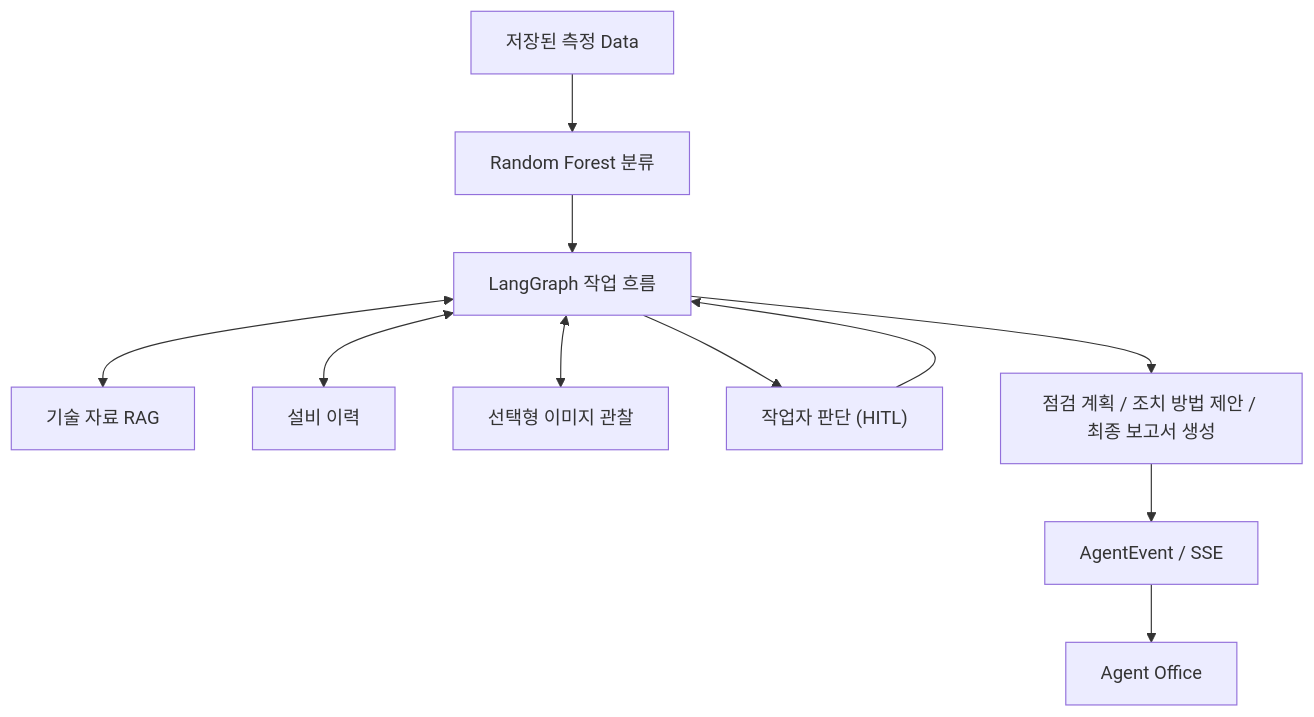
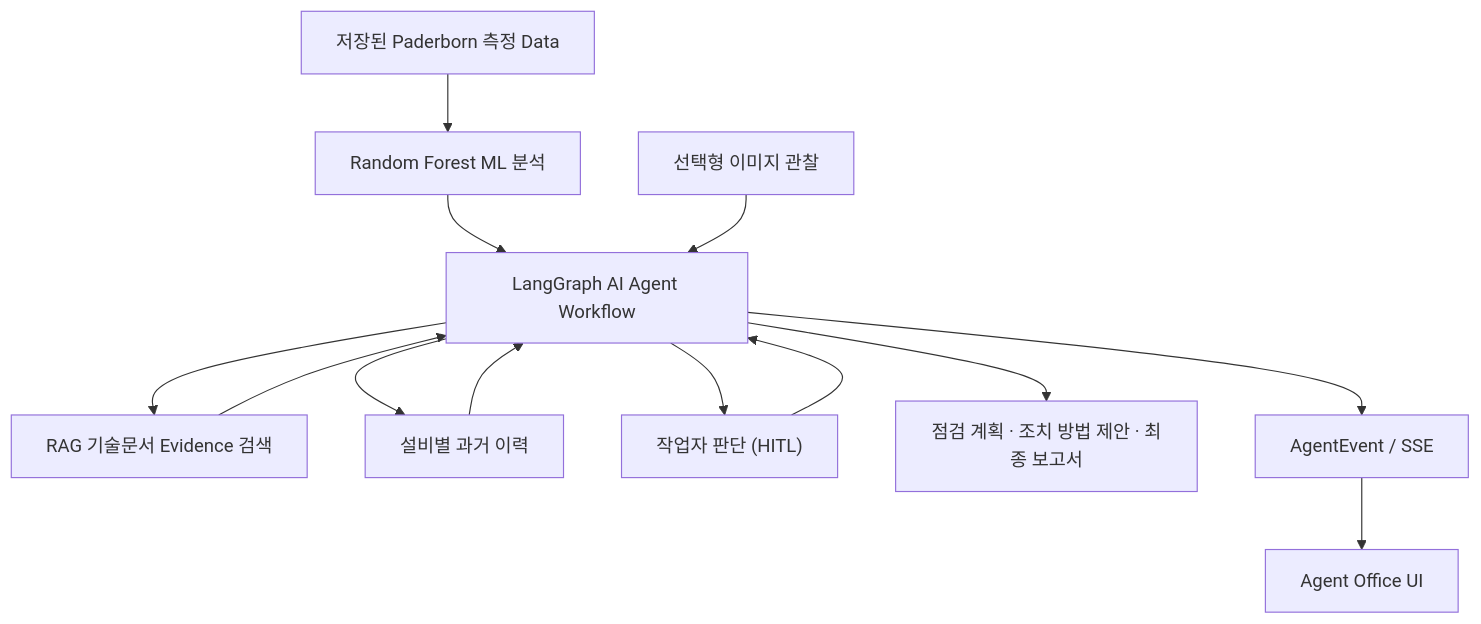
Before and after one commit to lsh97nd-code/AI-Smart-Factory-Agent-Office: the diagram in README.md, drawn with Mermaid. The commit also changed other lines of this file, not shown here.

````diff
--- a/README.md
+++ b/README.md
@@ -322,13 +486,32 @@
 ```mermaid
 flowchart TD
-    S["저장된 측정 Data"] --> M["Random Forest 분류"]
-    M --> G["LangGraph 작업 흐름"]
-    G <--> R["기술 자료 RAG"]
-    G <--> H["설비 이력"]
-    G <--> V["선택형 이미지 관찰"]
-    G --> W["작업자 판단 (HITL)"]
+    S["저장된 Paderborn 측정 Data"]
+    M["Random Forest ML 분석"]
+    G["LangGraph AI Agent Workflow"]
+    R["RAG 기술문서 Evidence 검색"]
+    H["설비별 과거 이력"]
+    V["선택형 이미지 관찰"]
+    W["작업자 판단 (HITL)"]
+    P["점검 계획 · 조치 방법 제안 · 최종 보고서"]
+    E["AgentEvent / SSE"]
+    U["Agent Office UI"]
+
+    S --> M
+    M --> G
+
+    G --> R
+    R --> G
+
+    H --> G
+    G --> H
+
+    V --> G
+
+    G --> W
     W --> G
-    G --> P["점검 계획 / 조치 방법 제안 / 최종 보고서 생성"]
-    P --> E["AgentEvent / SSE"]
-    E --> U["Agent Office"]
+
+    G --> P
+
+    G --> E
+    E --> U
 ```
````
